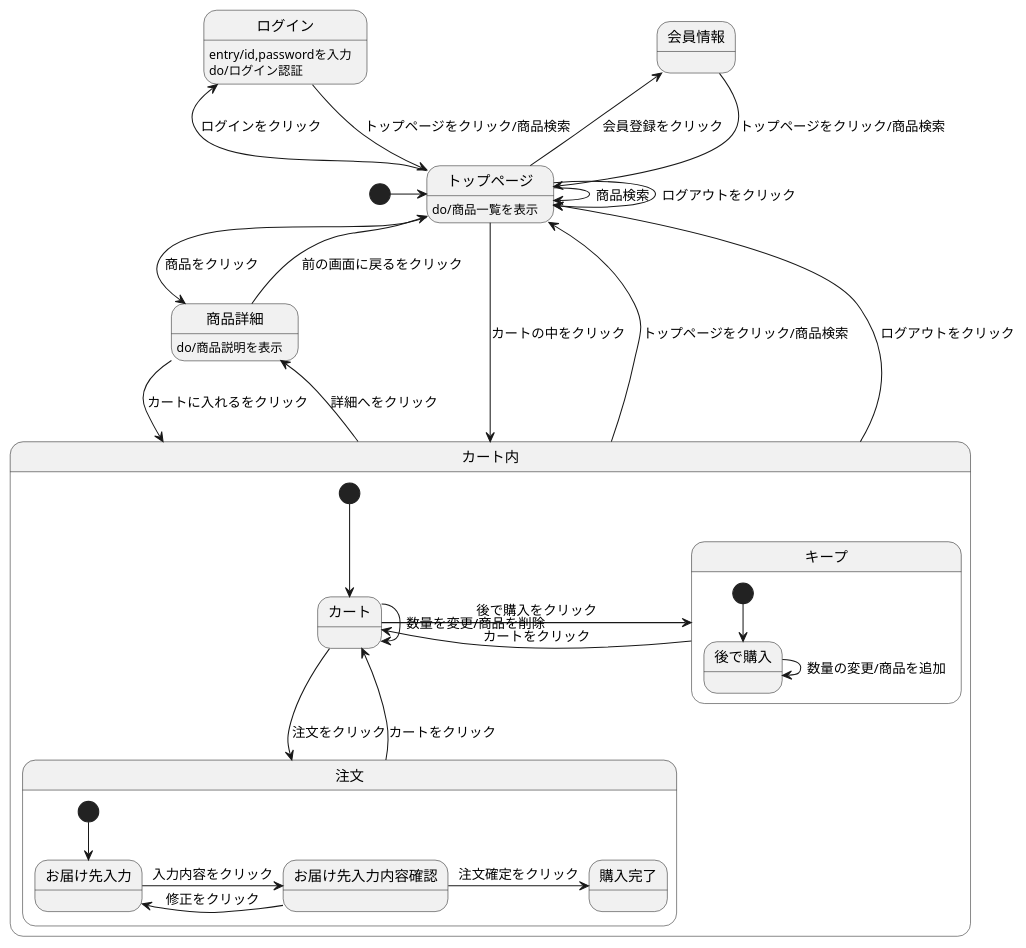
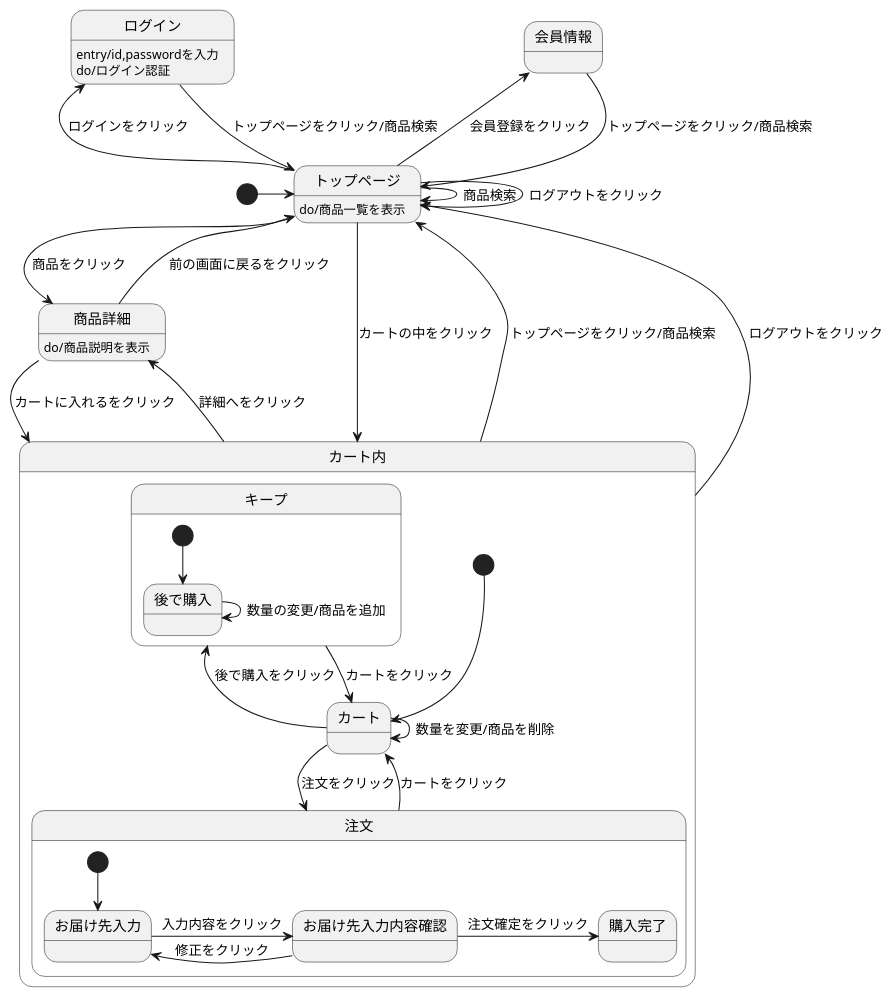
The diagram in origamen.md (Aso2101121/2021sys-design), drawn with PlantUML before and after one commit.

````diff
--- a/origamen.md
+++ b/origamen.md
@@ -1,40 +1,40 @@
 ```uml
 @startuml
 [*] -> トップページ
 会員情報 --> トップページ : トップページをクリック/商品検索
 ログイン --> トップページ : トップページをクリック/商品検索
 ログイン:entry/id,passwordを入力
 ログイン:do/ログイン認証
 トップページ --> トップページ : ログアウトをクリック
 トップページ -> トップページ : 商品検索
 トップページ -> 商品詳細 : 商品をクリック
 トップページ -left->会員情報 : 会員登録をクリック
 トップページ -left-> ログイン : ログインをクリック
 トップページ --> カート内 : カートの中をクリック
 トップページ:do/商品一覧を表示
 商品詳細 --> カート内 : カートに入れるをクリック
 商品詳細 --> トップページ : 前の画面に戻るをクリック
 商品詳細:do/商品説明を表示
 カート内 -up-> トップページ : トップページをクリック/商品検索
 カート内 -up-> トップページ : ログアウトをクリック
 カート内 -> 商品詳細 : 詳細へをクリック
 
 state カート内 {
 [*] --> カート
 カート -> 注文 : 注文をクリック
 カート -left-> キープ : 後で購入をクリック
-キープ -left-> カート : カートをクリック
+キープ --> カート : カートをクリック
 カート -> カート : 数量を変更/商品を削除
 注文 --> カート : カートをクリック
 state 注文 {
 [*] --> お届け先入力
 お届け先入力 -> お届け先入力内容確認 : 入力内容をクリック
 お届け先入力内容確認 -> お届け先入力 : 修正をクリック
 お届け先入力内容確認 -> 購入完了 : 注文確定をクリック
 }
 state キープ {
 [*] --> 後で購入
 後で購入 -> 後で購入 : 数量の変更/商品を追加
 }
 @enduml
 ```
````
